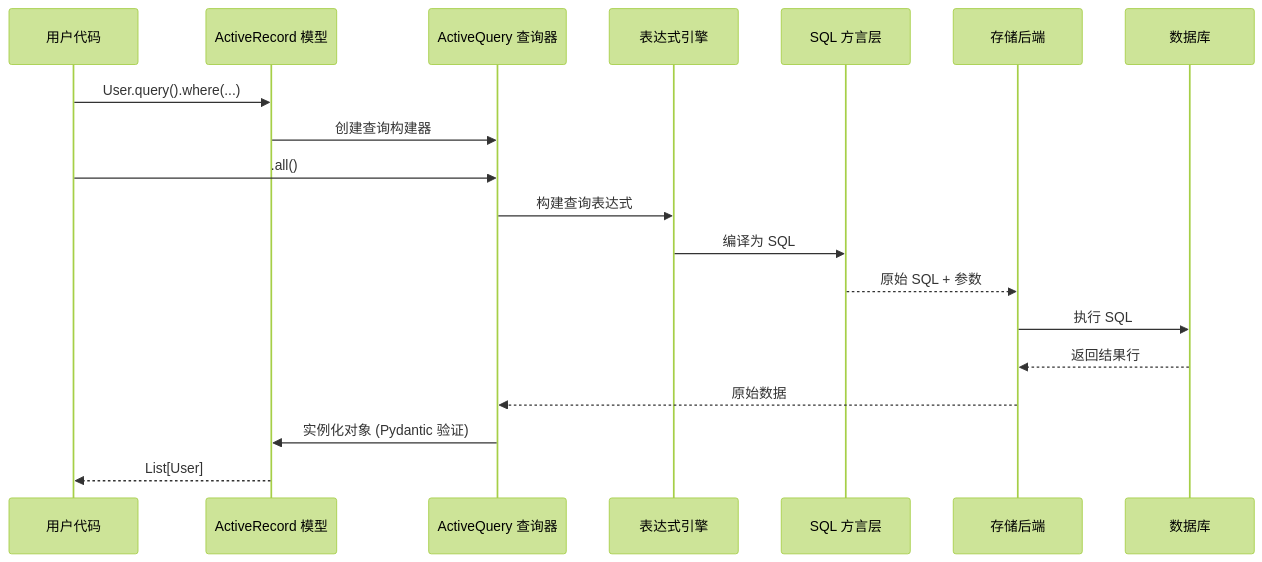
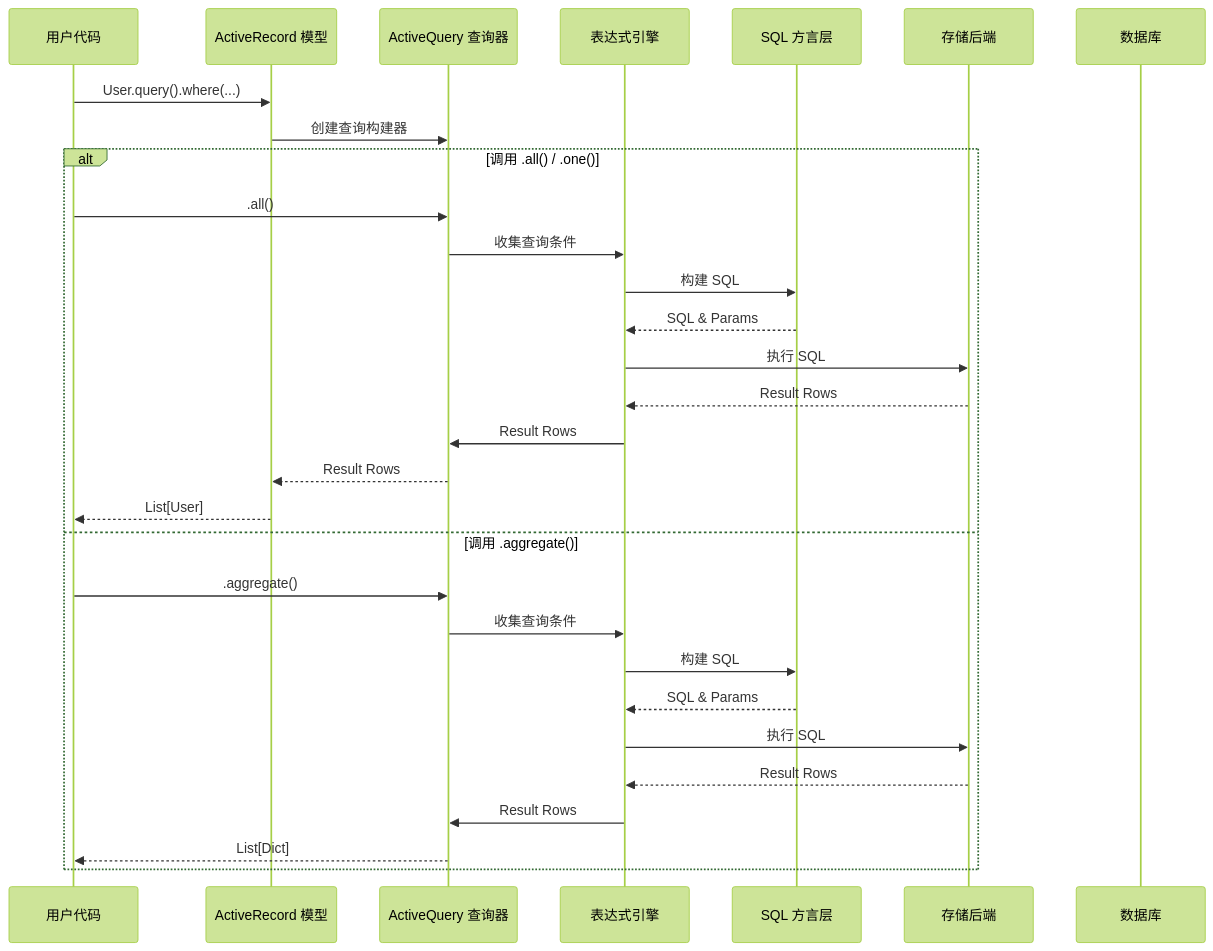
Before and after one commit to rhosocial/python-activerecord: the sixth of 6 diagrams in docs/zh_CN/introduction/architecture.md, drawn with Mermaid (forest theme). The commit also changed other lines of this file and 295 other files, not shown here.

First line of the commit message:
docs: refine architecture documentation and reorganize structure

````diff
--- a/docs/zh_CN/introduction/architecture.md
+++ b/docs/zh_CN/introduction/architecture.md
@@ -146,22 +396,34 @@
 ```mermaid
 sequenceDiagram
     participant App as 用户代码
     participant Model as ActiveRecord 模型
     participant Query as ActiveQuery 查询器
     participant Expr as 表达式引擎
     participant Dialect as SQL 方言层
     participant Backend as 存储后端
     participant DB as 数据库
 
     App->>Model: User.query().where(...)
     Model->>Query: 创建查询构建器
-    App->>Query: .all()
-    Query->>Expr: 构建查询表达式
-    Expr->>Dialect: 编译为 SQL
-    Dialect-->>Backend: 原始 SQL + 参数
-    Backend->>DB: 执行 SQL
-    DB-->>Backend: 返回结果行
-    Backend-->>Query: 原始数据
-    Query->>Model: 实例化对象 (Pydantic 验证)
-    Model-->>App: List[User]
+    
+    alt 调用 .all() / .one()
+        App->>Query: .all()
+        Query->>Expr: 收集查询条件
+        Expr->>Dialect: 构建 SQL
+        Dialect-->>Expr: SQL & Params
+        Expr->>Backend: 执行 SQL
+        Backend-->>Expr: Result Rows
+        Expr->>Query: Result Rows
+        Query-->>Model: Result Rows
+        Model-->>App: List[User]
+    else 调用 .aggregate()
+        App->>Query: .aggregate()
+        Query->>Expr: 收集查询条件
+        Expr->>Dialect: 构建 SQL
+        Dialect-->>Expr: SQL & Params
+        Expr->>Backend: 执行 SQL
+        Backend-->>Expr: Result Rows
+        Expr->>Query: Result Rows
+        Query-->>App: List[Dict]
+    end
 ```
````
